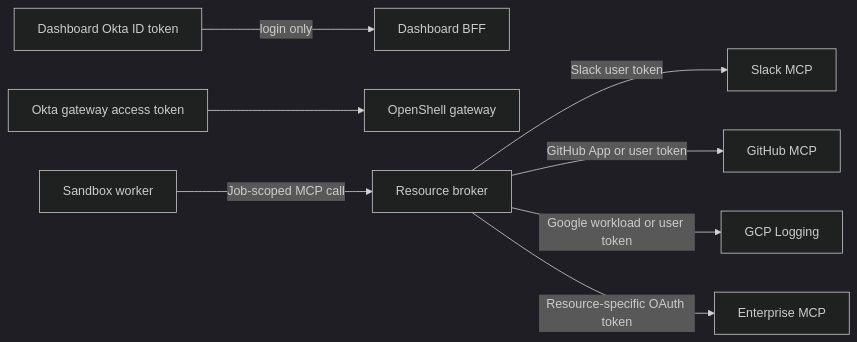
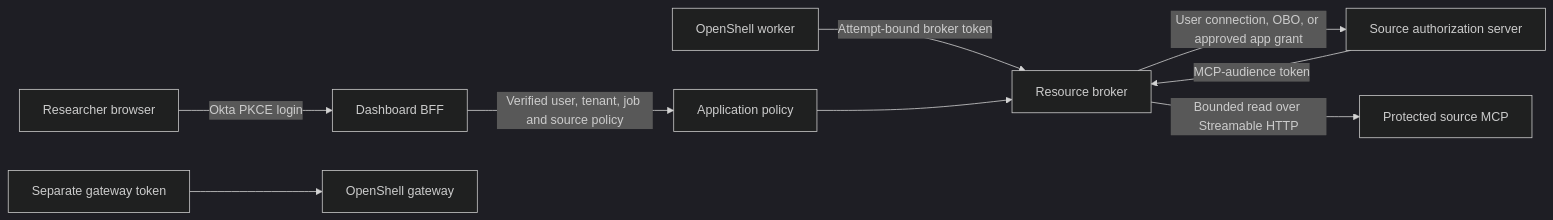
Before and after one commit to gvaibhav/openshell-deep-research-platform: the seventh of 9 diagrams in docs/okta/requirements-and-design.md, drawn with Mermaid (dark theme). The commit also changed other lines of this file and 35 other files, not shown here.

First line of the commit message:
feat(todos): Add multiple change request documentation files for source connection and identity management

````diff
--- a/docs/okta/requirements-and-design.md
+++ b/docs/okta/requirements-and-design.md
@@ -381,10 +404,11 @@
 ```mermaid
 flowchart LR
-    Dashboard["Dashboard Okta ID token"] -->|"login only"| BFF["Dashboard BFF"]
-    Controller["Okta gateway access token"] --> Gateway["OpenShell gateway"]
-    Worker["Sandbox worker"] -->|"Job-scoped MCP call"| Broker["Resource broker"]
-    Broker -->|"Slack user token"| Slack["Slack MCP"]
-    Broker -->|"GitHub App or user token"| GitHub["GitHub MCP"]
-    Broker -->|"Google workload or user token"| GCP["GCP Logging"]
-    Broker -->|"Resource-specific OAuth token"| MCP["Enterprise MCP"]
+    Browser["Researcher browser"] -->|"Okta PKCE login"| BFF["Dashboard BFF"]
+    BFF -->|"Verified user, tenant, job and source policy"| Policy["Application policy"]
+    Worker["OpenShell worker"] -->|"Attempt-bound broker token"| Broker["Resource broker"]
+    Policy --> Broker
+    Broker -->|"User connection, OBO, or approved app grant"| SourceAS["Source authorization server"]
+    SourceAS -->|"MCP-audience token"| Broker
+    Broker -->|"Bounded read over Streamable HTTP"| MCP["Protected source MCP"]
+    Controller["Separate gateway token"] --> Gateway["OpenShell gateway"]
 ```
````
